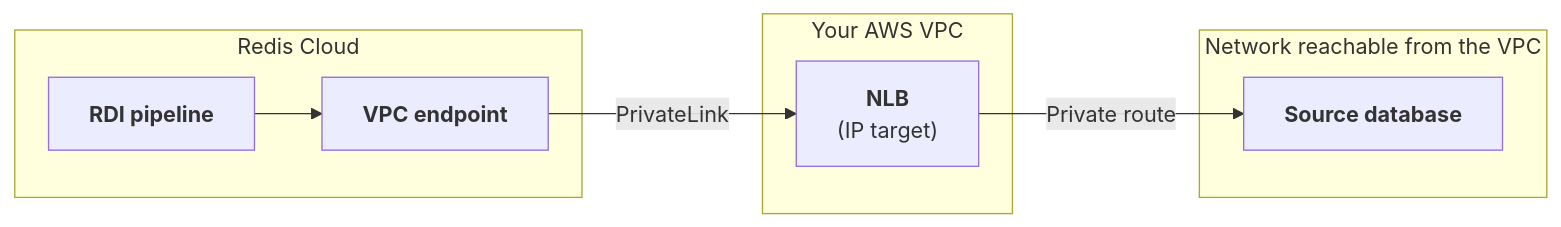
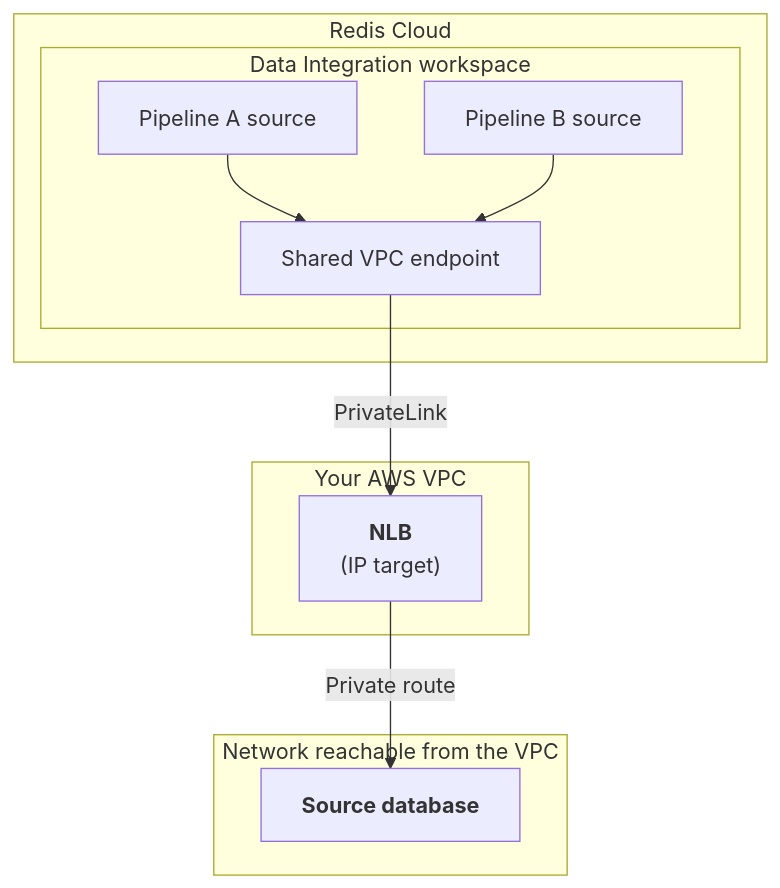
Before and after one commit to redis/docs: the second of 2 diagrams in content/operate/rc/rdi/networking/aws-privatelink.md, drawn with Mermaid. The commit also changed other lines of this file and 6 other files, not shown here.

Commit message:
RDSC-5780: Update networking diagrams and pipeline dialog screenshot

````diff
--- a/content/operate/rc/rdi/networking/aws-privatelink.md
+++ b/content/operate/rc/rdi/networking/aws-privatelink.md
@@ -49,14 +54,17 @@
 ```mermaid {width="100%"}
-graph LR
+graph TB
     subgraph rc["Redis Cloud"]
-        pipeline["<b>RDI pipeline</b>"] --> endpoint["<b>VPC endpoint</b>"]
+        subgraph workspace["Data Integration workspace"]
+            sourceA["Pipeline A source"] --> endpoint["Shared VPC endpoint"]
+            sourceB["Pipeline B source"] --> endpoint
+        end
     end
     subgraph vpc["Your AWS VPC"]
         nlb["<b>NLB</b><br/>(IP target)"]
     end
     subgraph net["Network reachable from the VPC"]
         db["<b>Source database</b>"]
     end
     endpoint -->|PrivateLink| nlb
     nlb -->|Private route| db
 ```
````
